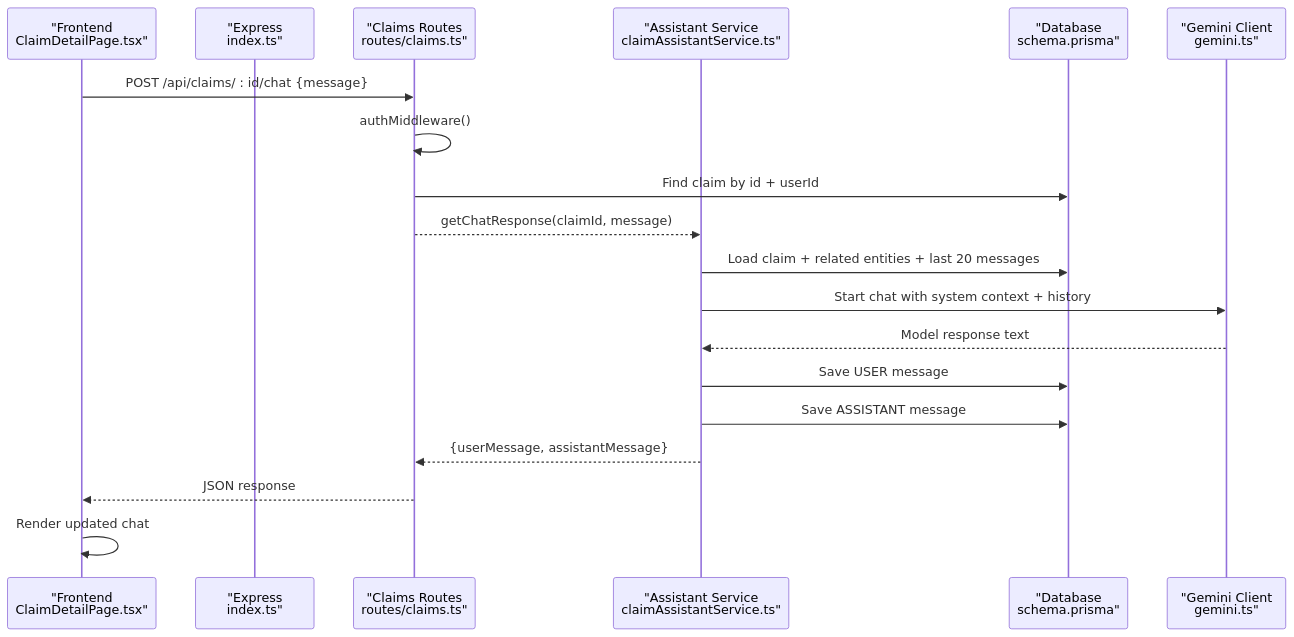
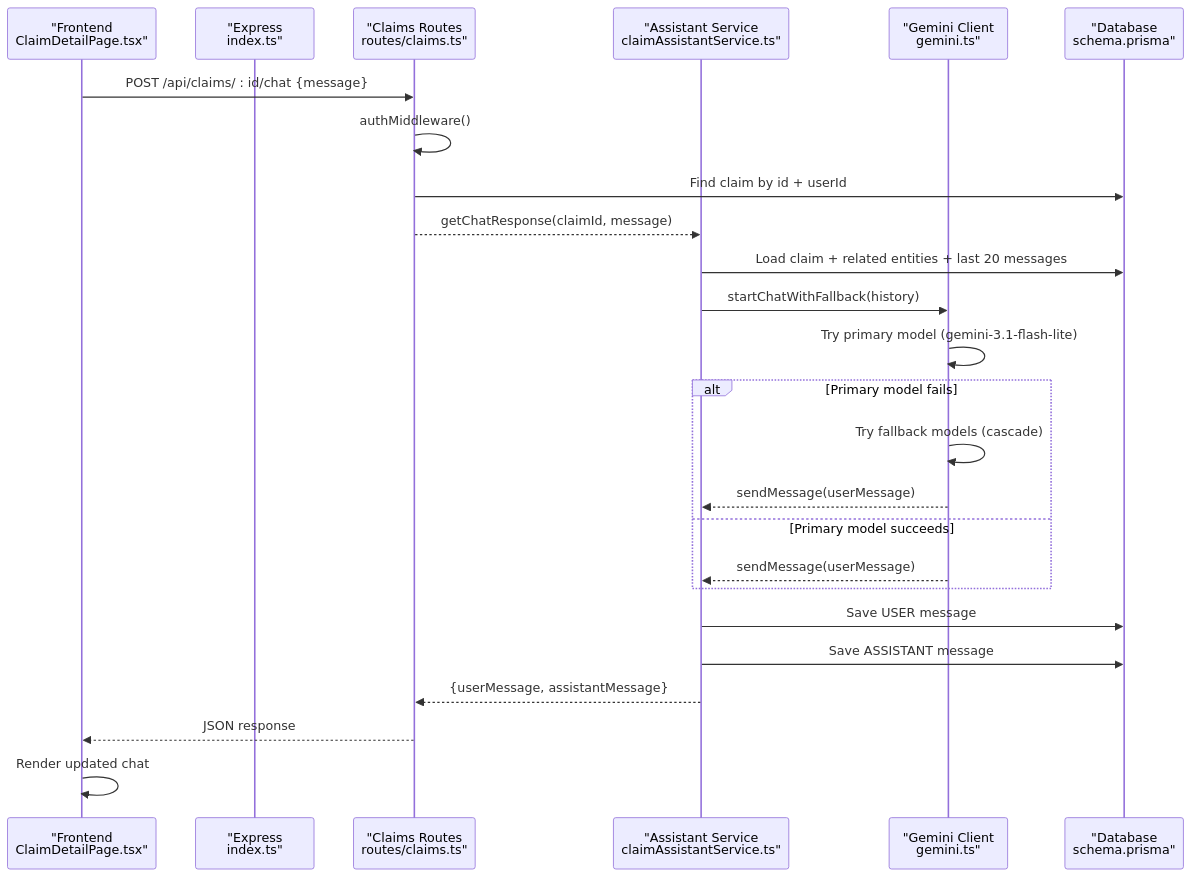
Before and after one commit to NaveenHiranya/Smart-Vehicle-Insurance-Claim-System: the second of 8 diagrams in .qoder/repowiki/en/content/AI Services Integration/Claim Assistant Chat Service.md, drawn with Mermaid. The commit also changed other lines of this file and 41 other files, not shown here.

````diff
--- a/.qoder/repowiki/en/content/AI Services Integration/Claim Assistant Chat Service.md
+++ b/.qoder/repowiki/en/content/AI Services Integration/Claim Assistant Chat Service.md
@@ -77,21 +85,27 @@
 ```mermaid
 sequenceDiagram
 participant FE as "Frontend<br/>ClaimDetailPage.tsx"
 participant API as "Express<br/>index.ts"
 participant RT as "Claims Routes<br/>routes/claims.ts"
 participant AS as "Assistant Service<br/>claimAssistantService.ts"
+participant GM as "Gemini Client<br/>gemini.ts"
 participant DB as "Database<br/>schema.prisma"
-participant GM as "Gemini Client<br/>gemini.ts"
 FE->>RT : POST /api/claims/ : id/chat {message}
 RT->>RT : authMiddleware()
 RT->>DB : Find claim by id + userId
 RT-->>AS : getChatResponse(claimId, message)
 AS->>DB : Load claim + related entities + last 20 messages
-AS->>GM : Start chat with system context + history
-GM-->>AS : Model response text
+AS->>GM : startChatWithFallback(history)
+GM->>GM : Try primary model (gemini-3.1-flash-lite)
+alt Primary model fails
+GM->>GM : Try fallback models (cascade)
+GM-->>AS : sendMessage(userMessage)
+else Primary model succeeds
+GM-->>AS : sendMessage(userMessage)
+end
 AS->>DB : Save USER message
 AS->>DB : Save ASSISTANT message
 AS-->>RT : {userMessage, assistantMessage}
 RT-->>FE : JSON response
 FE->>FE : Render updated chat
 ```
````
